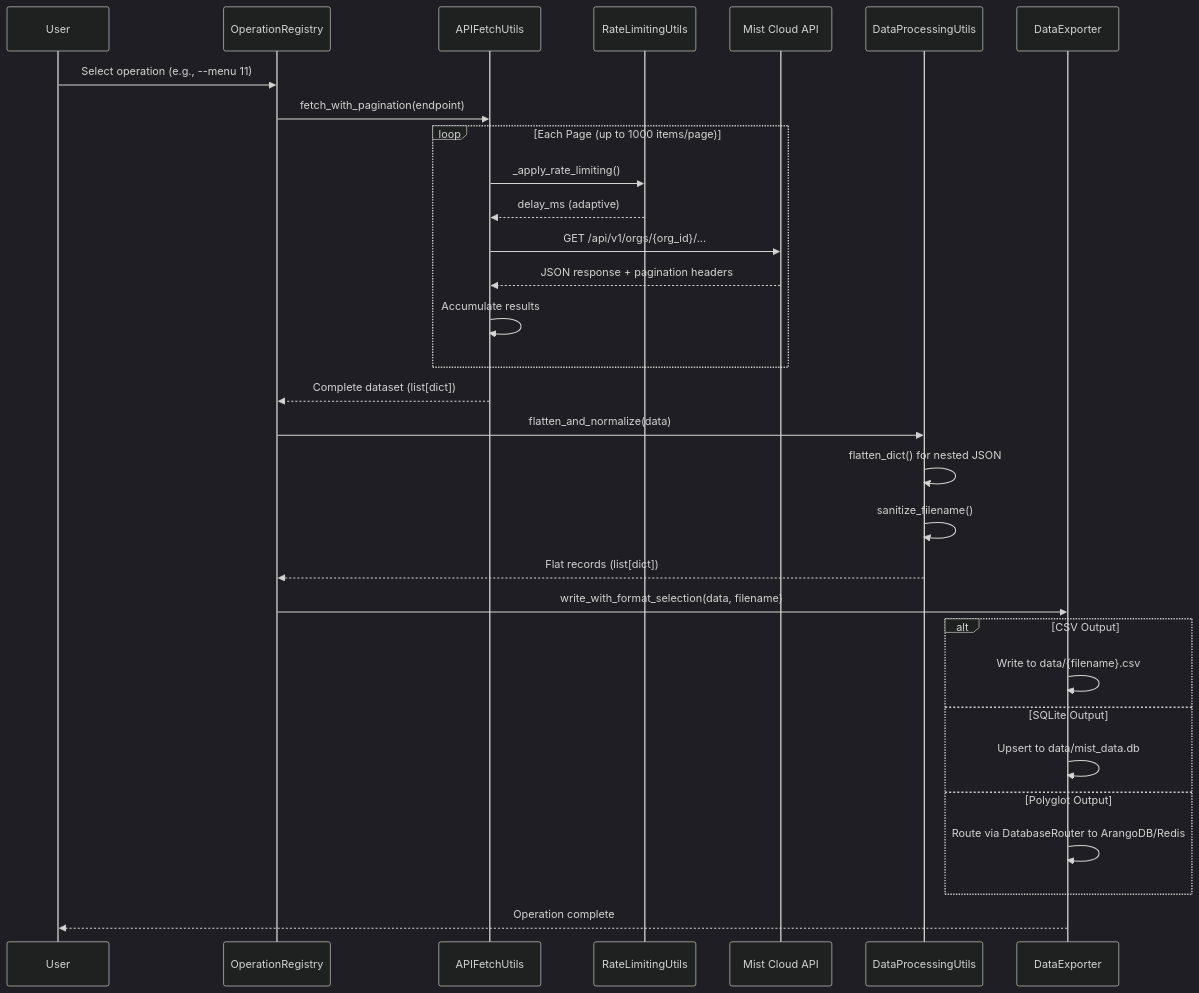
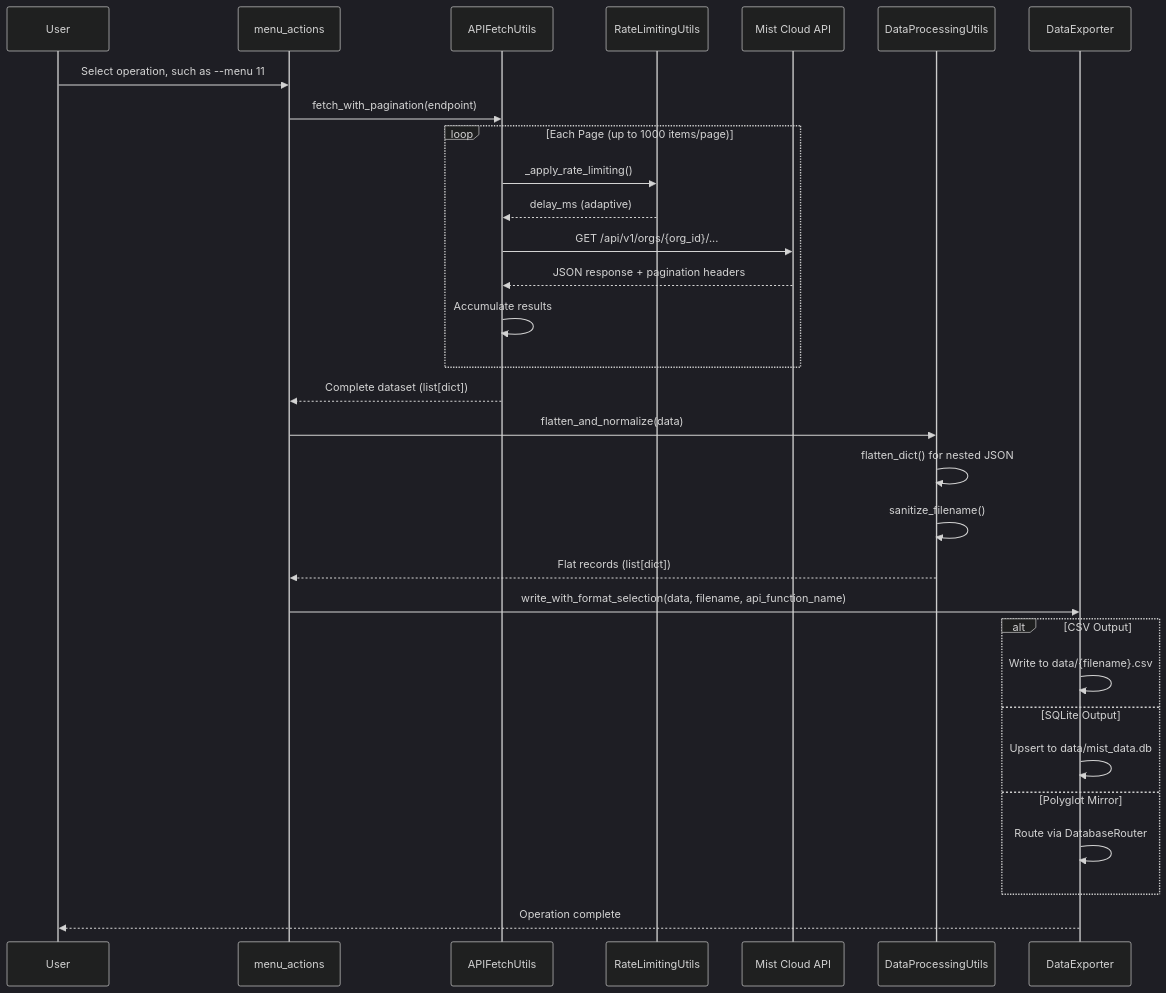
Before and after one commit to jmorrison-juniper/MistHelper: the first of 2 diagrams in documentation/diagrams/core/data-pipeline.md, drawn with Mermaid. The commit also changed other lines of this file and 110 other files, not shown here.

First line of the commit message:
docs(docs): audit documentation and add menu API endpoint map (#3418)

````diff
--- a/documentation/diagrams/core/data-pipeline.md
+++ b/documentation/diagrams/core/data-pipeline.md
@@ -11,47 +11,47 @@
 ```mermaid
 %%{init: {'theme': 'dark', 'themeVariables': {
   'primaryColor': '#E20074',
   'primaryTextColor': '#E0E0E0',
   'primaryBorderColor': '#99004D',
   'lineColor': '#FF4DA6',
   'secondaryColor': '#16213E',
   'tertiaryColor': '#1A1A2E',
   'fontFamily': 'ui-monospace, monospace'
 }}}%%
 sequenceDiagram
     participant User
-    participant Menu as OperationRegistry
+    participant Menu as menu_actions
     participant Fetch as APIFetchUtils
     participant Rate as RateLimitingUtils
     participant API as Mist Cloud API
     participant Process as DataProcessingUtils
     participant Export as DataExporter
 
-    User->>Menu: Select operation (e.g., --menu 11)
+    User->>Menu: Select operation, such as --menu 11
     Menu->>Fetch: fetch_with_pagination(endpoint)
-    
+
     loop Each Page (up to 1000 items/page)
         Fetch->>Rate: _apply_rate_limiting()
         Rate-->>Fetch: delay_ms (adaptive)
         Fetch->>API: GET /api/v1/orgs/{org_id}/...
         API-->>Fetch: JSON response + pagination headers
         Fetch->>Fetch: Accumulate results
     end
 
     Fetch-->>Menu: Complete dataset (list[dict])
     Menu->>Process: flatten_and_normalize(data)
     Process->>Process: flatten_dict() for nested JSON
     Process->>Process: sanitize_filename()
     Process-->>Menu: Flat records (list[dict])
-    Menu->>Export: write_with_format_selection(data, filename)
-    
+    Menu->>Export: write_with_format_selection(data, filename, api_function_name)
+
     alt CSV Output
         Export->>Export: Write to data/{filename}.csv
     else SQLite Output
         Export->>Export: Upsert to data/mist_data.db
-    else Polyglot Output
-        Export->>Export: Route via DatabaseRouter to ArangoDB/Redis
+    else Polyglot Mirror
+        Export->>Export: Route via DatabaseRouter
     end
-    
+
     Export-->>User: Operation complete
 ```
````
